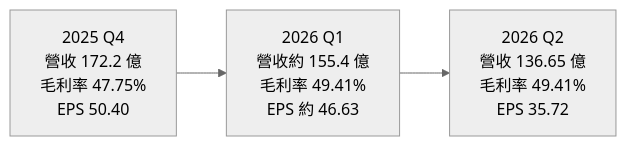
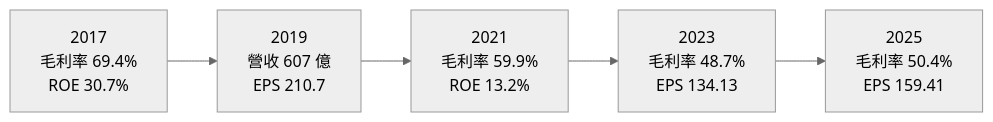
Before and after one commit to wangnick1004/taiwan-stock-vault: the third of 4 diagrams in 個股/台股/3008大立光.md, drawn with Mermaid (neutral theme). The commit also changed other lines of this file and 7 other files, not shown here.

````diff
--- a/個股/台股/3008大立光.md
+++ b/個股/台股/3008大立光.md
@@ -132,4 +136,4 @@
 ```mermaid
 flowchart LR
-    Q4["2025 Q4<br/>營收 172.2 億<br/>毛利率 47.75%<br/>EPS 50.40"] --> Q1["2026 Q1<br/>營收約 155.4 億<br/>毛利率 49.41%<br/>EPS 約 46.63"] --> Q2["2026 Q2<br/>營收 136.65 億<br/>毛利率 49.41%<br/>EPS 35.72"]
+    Y17["2017<br/>毛利率 69.4%<br/>ROE 30.7%"] --> Y19["2019<br/>營收 607 億<br/>EPS 210.7"] --> Y21["2021<br/>毛利率 59.9%<br/>ROE 13.2%"] --> Y23["2023<br/>毛利率 48.7%<br/>EPS 134.13"] --> Y25["2025<br/>毛利率 50.4%<br/>EPS 159.41"]
 ```
````
